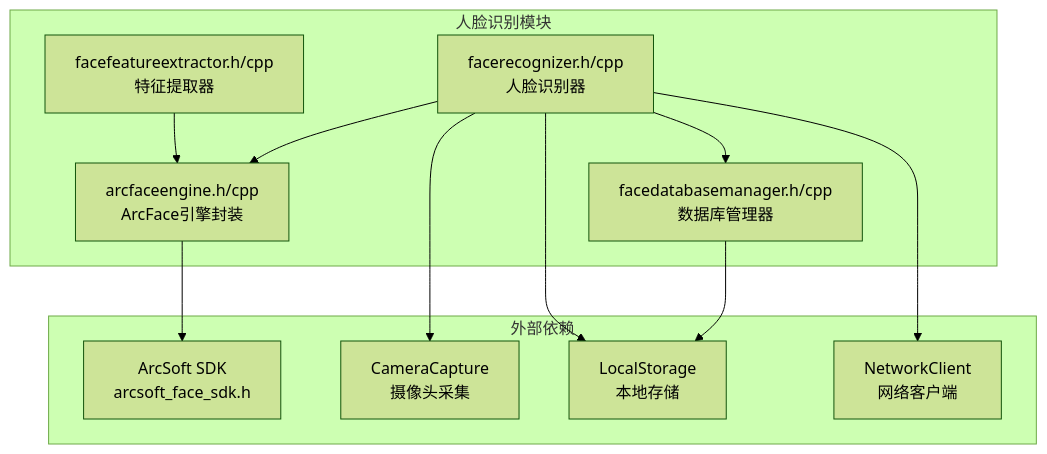
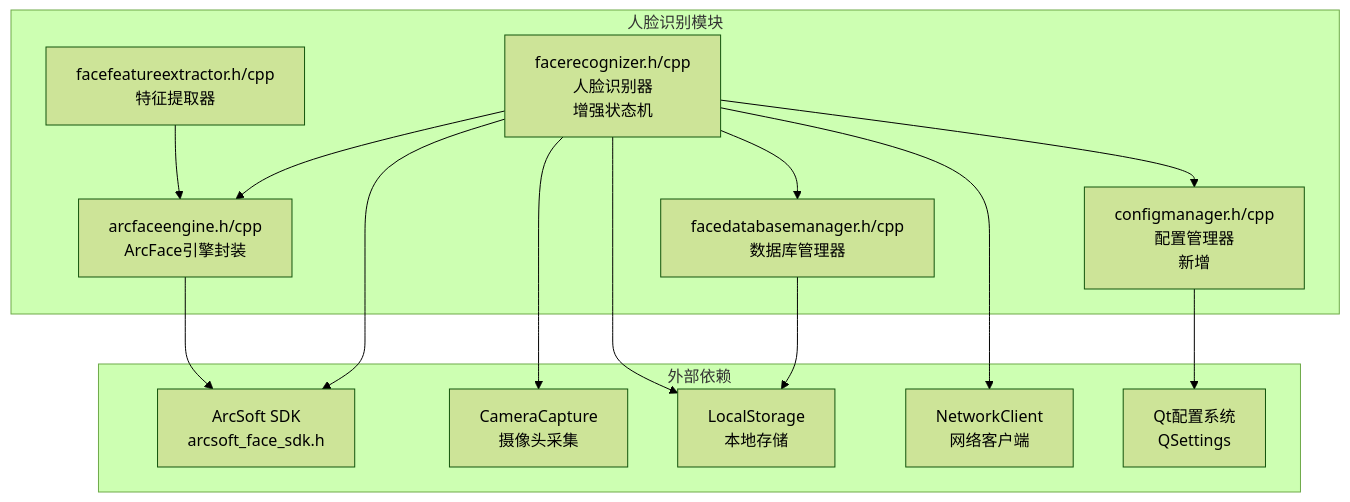
Before and after one commit to HeQiTZD/Triple-terminal-Attendance-Punching-System: the first of 12 diagrams in .qoder/repowiki/zh/content/核心模块/人脸识别模块/人脸识别模块.md, drawn with Mermaid (forest theme). The commit also changed other lines of this file and 44 other files, not shown here.

````diff
--- a/.qoder/repowiki/zh/content/核心模块/人脸识别模块/人脸识别模块.md
+++ b/.qoder/repowiki/zh/content/核心模块/人脸识别模块/人脸识别模块.md
@@ -39,23 +51,28 @@
 ```mermaid
 graph TB
 subgraph "人脸识别模块"
 A[arcfaceengine.h/cpp<br/>ArcFace引擎封装]
 B[facefeatureextractor.h/cpp<br/>特征提取器]
-C[facerecognizer.h/cpp<br/>人脸识别器]
+C[facerecognizer.h/cpp<br/>人脸识别器<br/>增强状态机]
 D[facedatabasemanager.h/cpp<br/>数据库管理器]
+E[configmanager.h/cpp<br/>配置管理器<br/>新增]
 end
 subgraph "外部依赖"
-E[ArcSoft SDK<br/>arcsoft_face_sdk.h]
-F[CameraCapture<br/>摄像头采集]
-G[LocalStorage<br/>本地存储]
-H[NetworkClient<br/>网络客户端]
+F[ArcSoft SDK<br/>arcsoft_face_sdk.h]
+G[CameraCapture<br/>摄像头采集]
+H[LocalStorage<br/>本地存储]
+I[NetworkClient<br/>网络客户端]
+J[Qt配置系统<br/>QSettings]
 end
-A --> E
+A --> F
 B --> A
 C --> A
 C --> D
+C --> E
 C --> F
 C --> G
 C --> H
-D --> G
+C --> I
+D --> H
+E --> J
 ```
````
